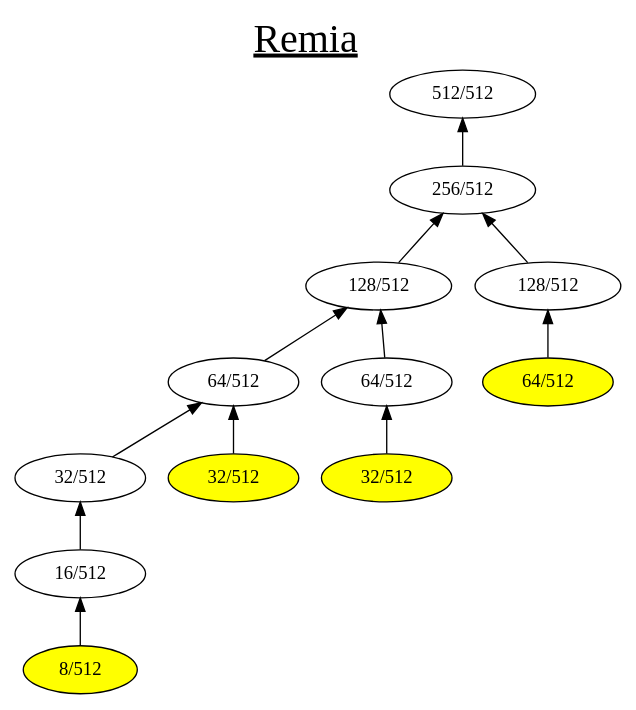
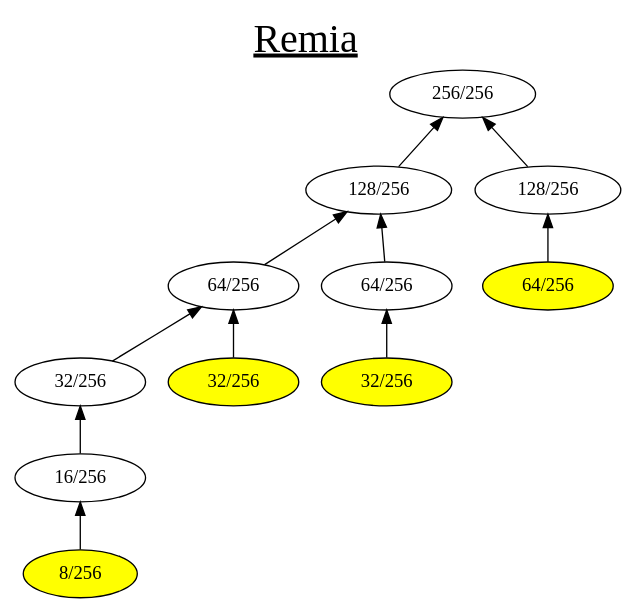
One commit to iitramar/guiTool changed the diagram in GuiTool/image/Remia/RemiaHeapDot.dot. Above: the diagram before and after it, drawn with Graphviz. The commit also changed 12 other files, not shown here.

```diff
--- a/GuiTool/image/Remia/RemiaHeapDot.dot
+++ b/GuiTool/image/Remia/RemiaHeapDot.dot
@@ -1,31 +1,29 @@
 digraph G { 
 rankdir = BT;
 graph [label= <<u>Remia</u>> , labelloc=t, fontsize=30];
-101[label= " 512/512 " ];
-202[label= " 256/512 " ];
+101[label= " 256/256 " ];
+202[label= " 128/256 " ];
 202->101
-404[label= " 128/512 " ];
+203[label= " 128/256 " ];
+203->101
+404[label= " 64/256 " ];
 404->202
-405[label= " 128/512 " ];
+405[label= " 64/256 " ];
 405->202
-808[label= " 64/512 " ];
+808[label= " 32/256 " ];
 808->404
-809[label= " 64/512 " ];
+809[label= " 32/256 " ];
 809->404
-1616[label= " 32/512 " ];
+1616[label= " 16/256 " ];
 1616->808
-1617[label= " 32/512 " ];
-1617->808
-3232[label= " 16/512 " ];
+3232[label= " 8/256 " ];
 3232->1616
-6464[label= " 8/512 " ];
-6464->3232
-6464[style=filled, fillcolor=yellow];
-1617[style=filled, fillcolor=yellow];
-1618[label= " 32/512 " ];
-1618->809
-1618[style=filled, fillcolor=yellow];
-810[label= " 64/512 " ];
+3232[style=filled, fillcolor=yellow];
+809[style=filled, fillcolor=yellow];
+810[label= " 32/256 " ];
 810->405
 810[style=filled, fillcolor=yellow];
+406[label= " 64/256 " ];
+406->203
+406[style=filled, fillcolor=yellow];
 }
```
